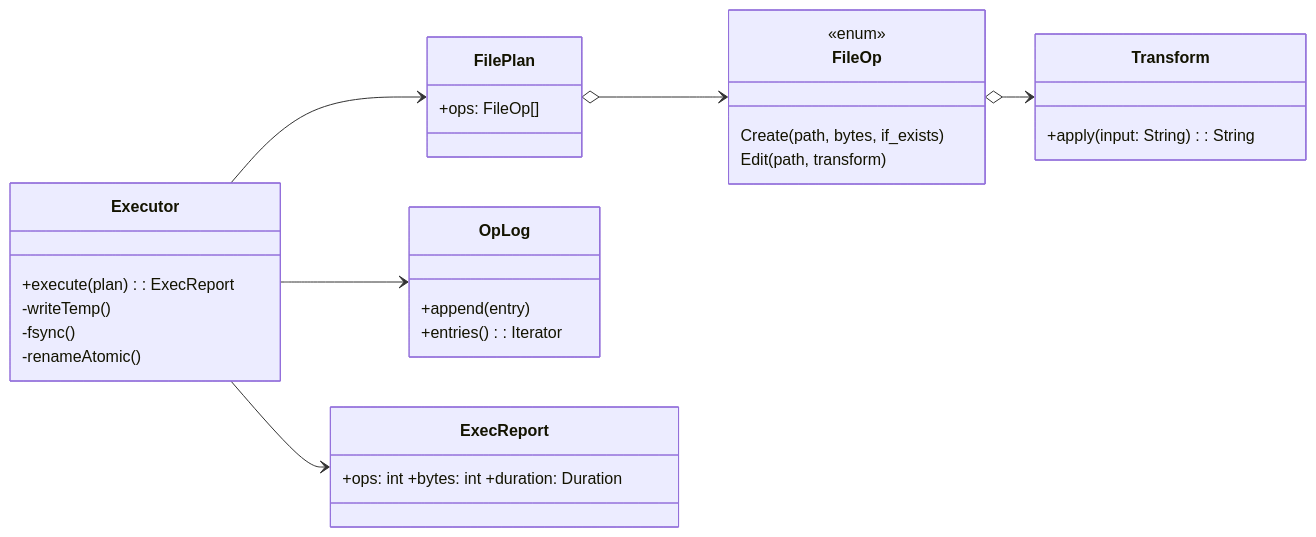
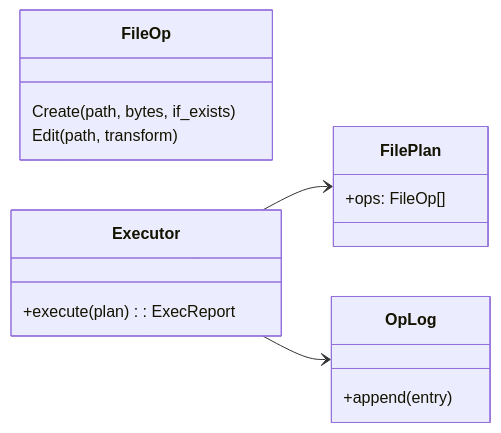
One commit to agustinvalencia/mdvault changed diagram 11 of 22 in docs/01_development_plan.md. Above: the diagram before and after it, drawn with Mermaid. The commit also changed other lines of this file and 1 other file, not shown here.

````diff
--- a/docs/01_development_plan.md
+++ b/docs/01_development_plan.md
@@ -282,28 +301,17 @@
 ```mermaid
 classDiagram
   direction LR
   class FileOp {
-    <<enum>>
     Create(path, bytes, if_exists)
     Edit(path, transform)
   }
-  class Transform { +apply(input: String): String }
   class FilePlan { +ops: FileOp[] }
   class Executor {
     +execute(plan): ExecReport
-    -writeTemp()
-    -fsync()
-    -renameAtomic()
   }
   class OpLog {
     +append(entry)
-    +entries(): Iterator
   }
-  class ExecReport { +ops: int +bytes: int +duration: Duration }
-
   Executor --> FilePlan
-  FilePlan o--> FileOp
-  FileOp o--> Transform
   Executor --> OpLog
-  Executor --> ExecReport
 ```
````
